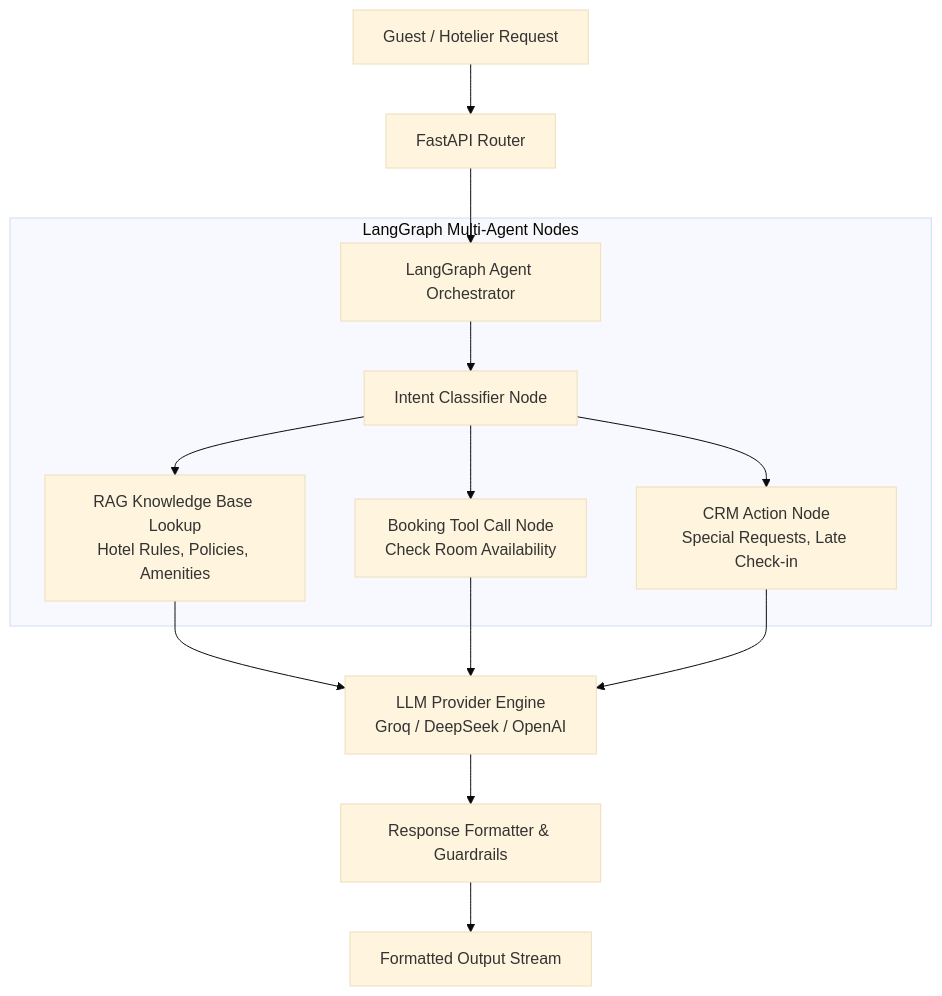
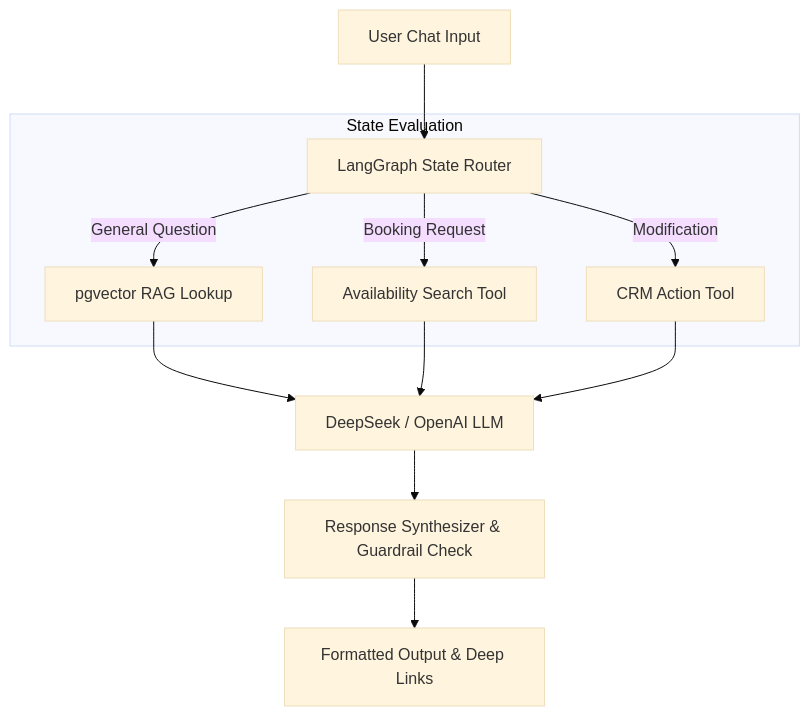
Before and after one commit to ToufiqQureshi/ai-based_booking-engine: the third of 3 diagrams in STAYBOOKER_SYSTEM_DOCUMENTATION.md, drawn with Mermaid (base theme). The commit also changed other lines of this file, not shown here.

````diff
--- a/STAYBOOKER_SYSTEM_DOCUMENTATION.md
+++ b/STAYBOOKER_SYSTEM_DOCUMENTATION.md
@@ -226,19 +646,17 @@
 ```mermaid
 graph TD
-    UserIn[Guest / Hotelier Request] --> Gateway[FastAPI Router]
-    Gateway --> AgentOrchestrator[LangGraph Agent Orchestrator]
-    
-    subgraph LangGraph Multi-Agent Nodes
-        AgentOrchestrator --> Classifier[Intent Classifier Node]
-        Classifier --> RAG[RAG Knowledge Base Lookup<br>Hotel Rules, Policies, Amenities]
-        Classifier --> BookingTool[Booking Tool Call Node<br>Check Room Availability]
-        Classifier --> CRM[CRM Action Node<br>Special Requests, Late Check-in]
+    Inquiry[User Chat Input] --> Classifier[LangGraph State Router]
+
+    subgraph State Evaluation
+        Classifier -->|General Question| KnowledgeRAG[pgvector RAG Lookup]
+        Classifier -->|Booking Request| ToolCall[Availability Search Tool]
+        Classifier -->|Modification| CRMTool[CRM Action Tool]
     end
-    
-    RAG --> LLM[LLM Provider Engine<br>Groq / DeepSeek / OpenAI]
-    BookingTool --> LLM
-    CRM --> LLM
-    
-    LLM --> Formatter[Response Formatter & Guardrails]
-    Formatter --> UserOut[Formatted Output Stream]
+
+    KnowledgeRAG --> LLM[DeepSeek / OpenAI LLM]
+    ToolCall --> LLM
+    CRMTool --> LLM
+
+    LLM --> Formatter[Response Synthesizer & Guardrail Check]
+    Formatter --> Response[Formatted Output & Deep Links]
 ```
````
